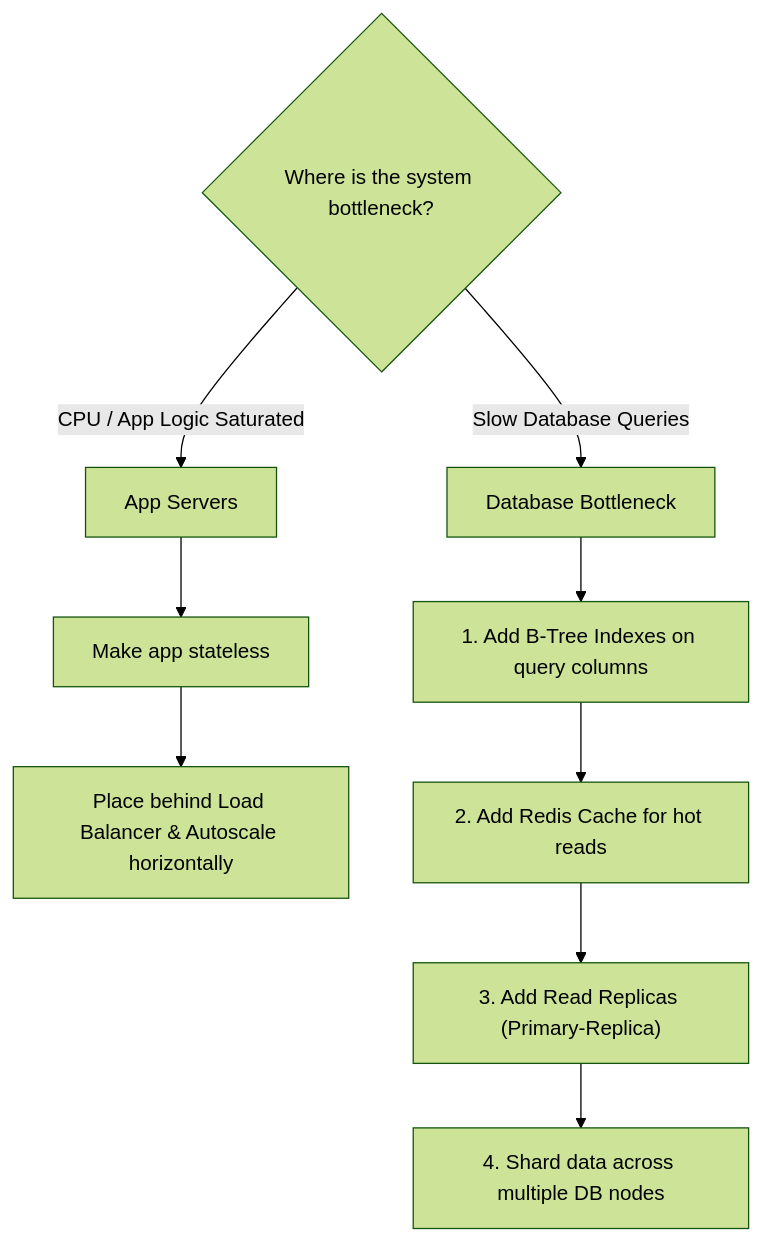
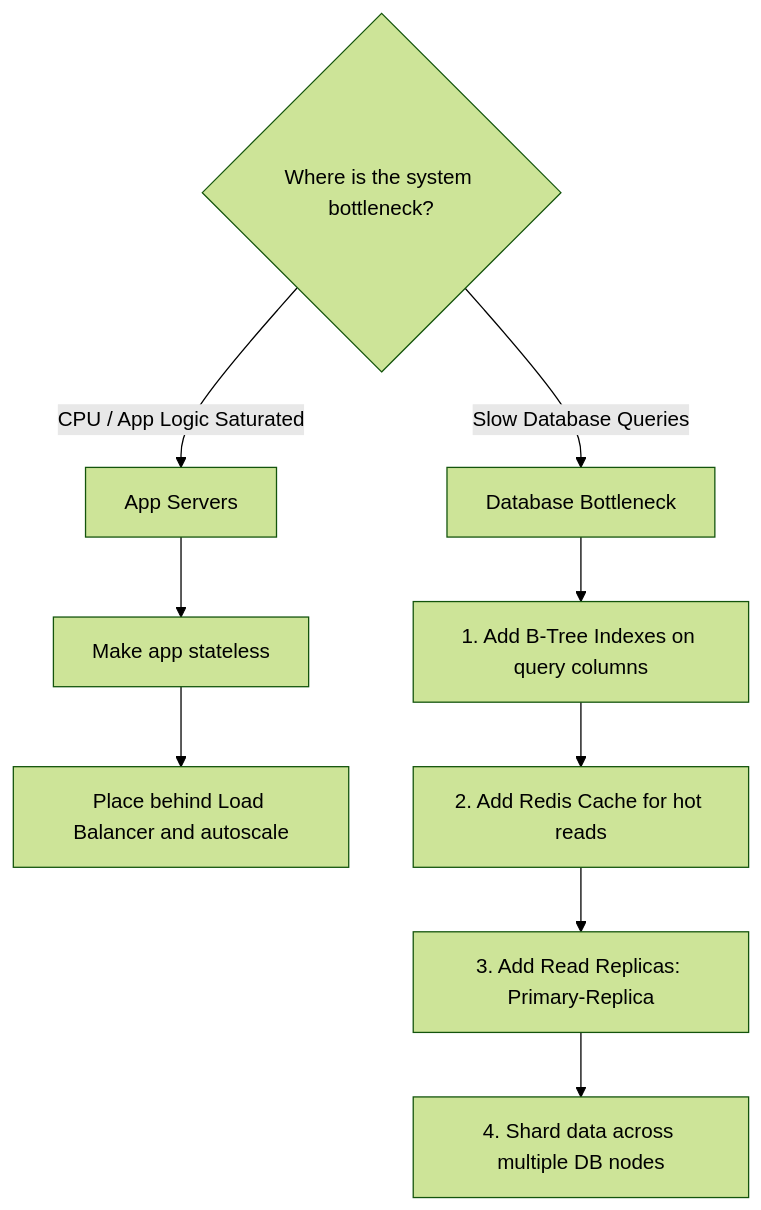
Before and after one commit to Sujalkathait/high-level-design: the fourth of 4 diagrams in 01-fundamentals/scaling.md, drawn with Mermaid (forest theme). The commit also changed other lines of this file, not shown here.

Commit message:
fix: resolve Mermaid diagram syntax errors in scaling.md

````diff
--- a/01-fundamentals/scaling.md
+++ b/01-fundamentals/scaling.md
@@ -90,12 +96,12 @@
 ```mermaid
-graph TD
-    Start{Where is the system bottleneck?}
-    Start -->|CPU / App Logic Saturated| App[App Servers]
-    App --> MakeStateless[Make app stateless]
-    MakeStateless --> AddLB["Place behind Load Balancer & Autoscale horizontally"]
-    Start -->|Slow Database Queries| DB[Database Bottleneck]
-    DB --> Index[1. Add B-Tree Indexes on query columns]
-    Index --> Cache[2. Add Redis Cache for hot reads]
-    Cache --> Replicas["3. Add Read Replicas (Primary-Replica)"]
-    Replicas --> Shard[4. Shard data across multiple DB nodes]
+flowchart TD
+    Start{"Where is the system bottleneck?"}
+    Start -->|CPU / App Logic Saturated| App["App Servers"]
+    App --> MakeStateless["Make app stateless"]
+    MakeStateless --> AddLB["Place behind Load Balancer and autoscale"]
+    Start -->|Slow Database Queries| DB["Database Bottleneck"]
+    DB --> Index["1. Add B-Tree Indexes on query columns"]
+    Index --> Cache["2. Add Redis Cache for hot reads"]
+    Cache --> Replicas["3. Add Read Replicas: Primary-Replica"]
+    Replicas --> Shard["4. Shard data across multiple DB nodes"]
 ```
````
